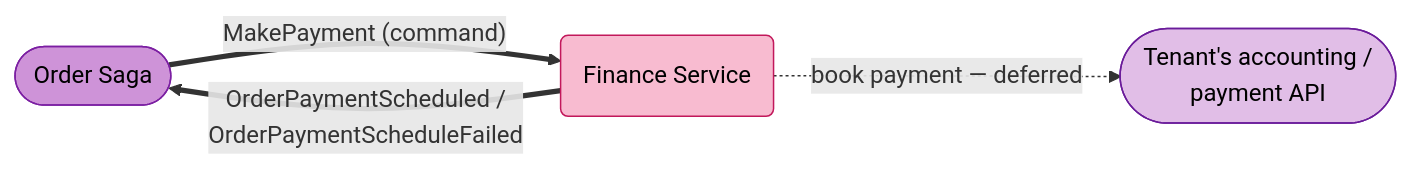
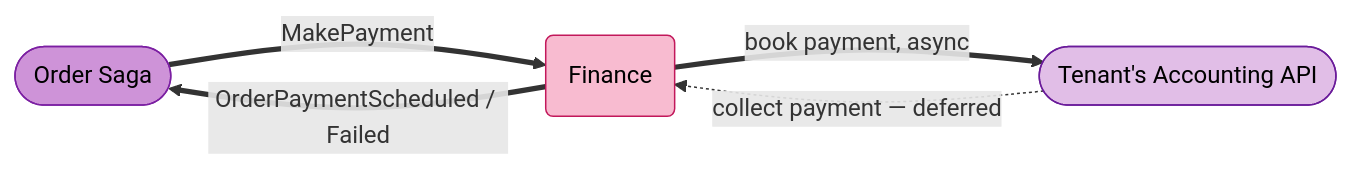
One commit to mnnam1302/EShop changed the first of 7 diagrams in Finance/src/EShop.Finance.API/README.md. Above: the diagram before and after it, drawn with Mermaid. The commit also changed other lines of this file and 82 other files, not shown here.

First line of the commit message:
[ESHOP-0507] Book Finance payments to tenant-configured GenericHttp accounting providers (#73)

````diff
--- a/Finance/src/EShop.Finance.API/README.md
+++ b/Finance/src/EShop.Finance.API/README.md
@@ -14,14 +5,15 @@
 ```mermaid
 graph LR
-    classDef pm   fill:#ce93d8,stroke:#7b1fa2,color:#000
-    classDef agg  fill:#f8bbd0,stroke:#c2185b,color:#000
-    classDef ext  fill:#e1bee7,stroke:#6a1b9a,color:#000
+    classDef pm  fill:#ce93d8,stroke:#7b1fa2,color:#000
+    classDef agg fill:#f8bbd0,stroke:#c2185b,color:#000
+    classDef ext fill:#e1bee7,stroke:#6a1b9a,color:#000
 
     ORD([Order Saga]):::pm
-    FIN(Finance Service):::agg
-    EXT([Tenant's accounting /<br/>payment API]):::ext
+    FIN(Finance):::agg
+    EXT([Tenant's Accounting API]):::ext
 
-    ORD ==>|"MakePayment (command)"| FIN
-    FIN ==>|"OrderPaymentScheduled /<br/>OrderPaymentScheduleFailed"| ORD
-    FIN -.->|"book payment — deferred"| EXT
+    ORD ==>|MakePayment| FIN
+    FIN ==>|OrderPaymentScheduled / Failed| ORD
+    FIN ==>|book payment, async| EXT
+    EXT -.->|collect payment — deferred| FIN
 ```
````
